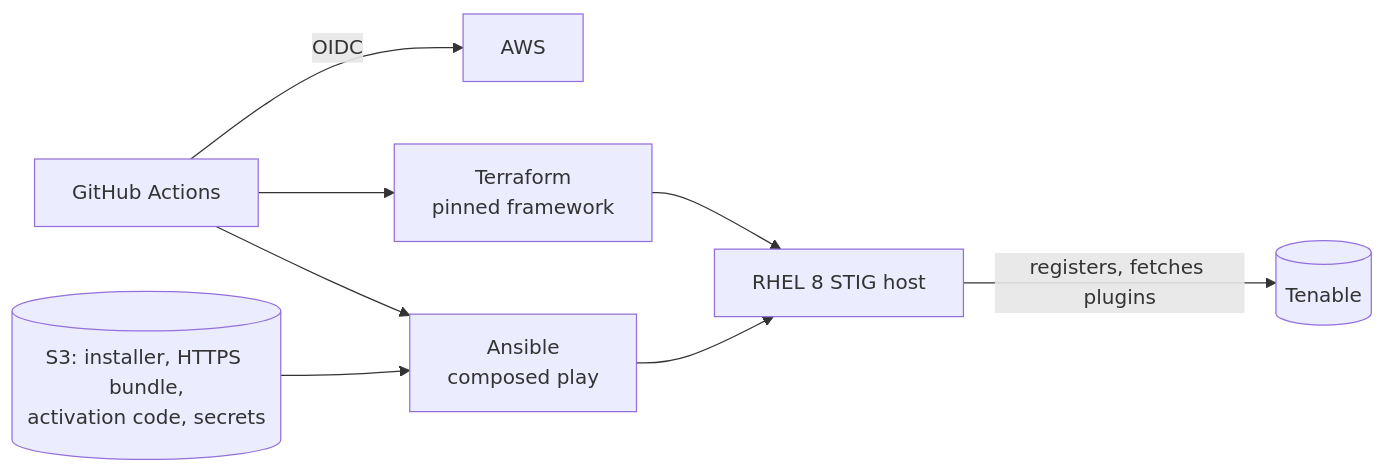
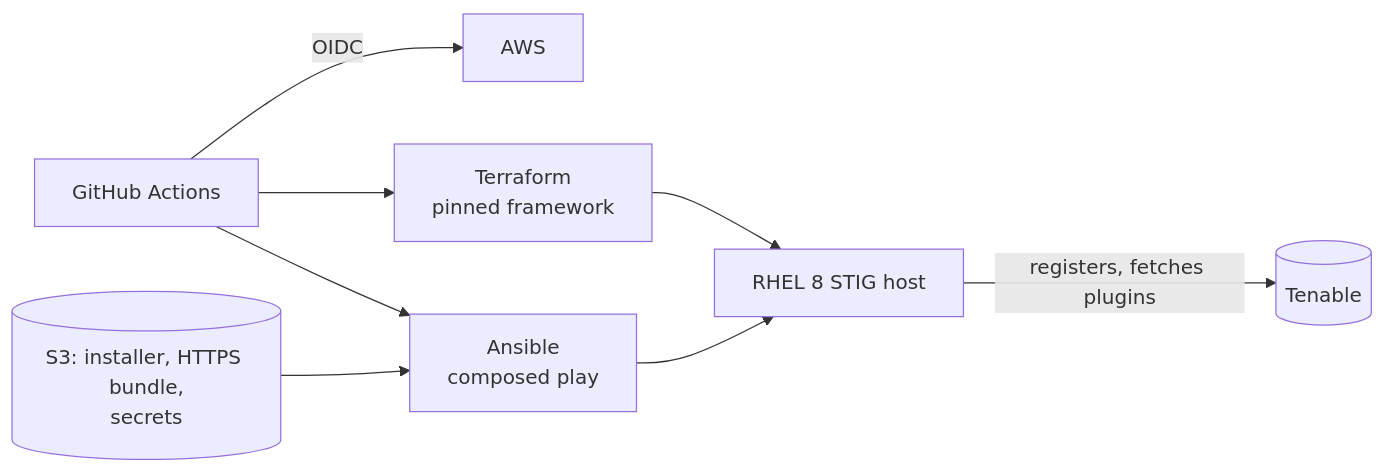
One commit to nwarila-platform/nessus changed the diagram in README.md. Above: the diagram before and after it, drawn with Mermaid. The commit also changed other lines of this file and 11 other files, not shown here.

First line of the commit message:
ci(deploy): run only when dispatched, and take the activation code at dispatch (#30)

````diff
--- a/README.md
+++ b/README.md
@@ -54,10 +54,10 @@
 ```mermaid
 flowchart LR
   gha[GitHub Actions] -- OIDC --> aws[AWS]
   gha --> tf[Terraform<br/>pinned framework]
   tf --> host[RHEL 8 STIG host]
   gha --> play[Ansible<br/>composed play]
-  s3[(S3: installer, HTTPS bundle,<br/>activation code, secrets)] --> play
+  s3[(S3: installer, HTTPS bundle,<br/>secrets)] --> play
   play --> host
   host -- registers, fetches plugins --> tenable[(Tenable)]
 ```
````
